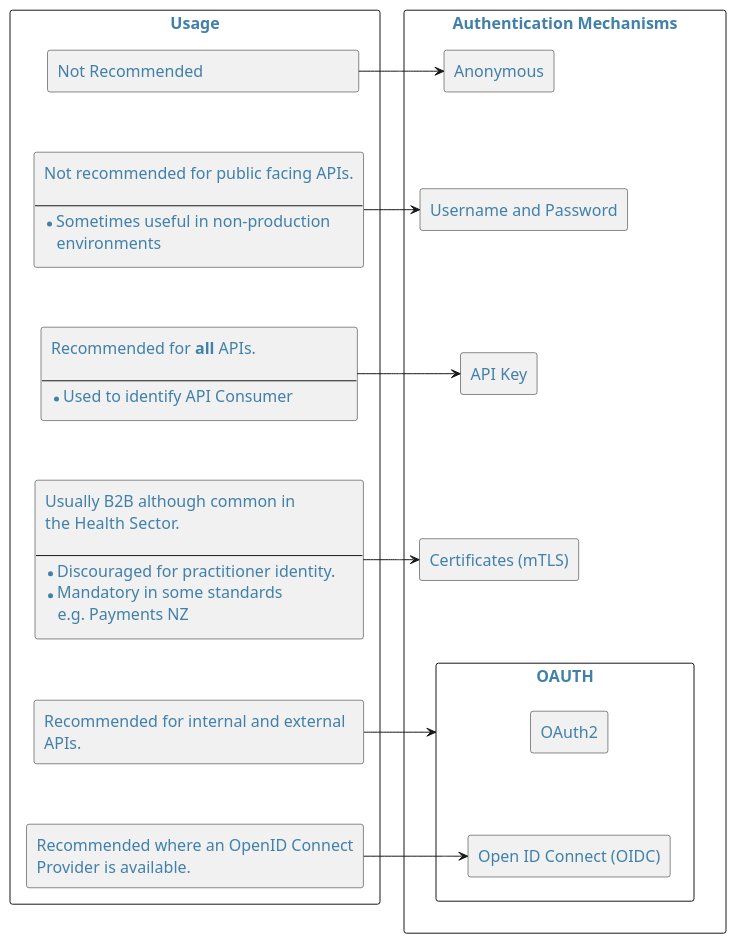
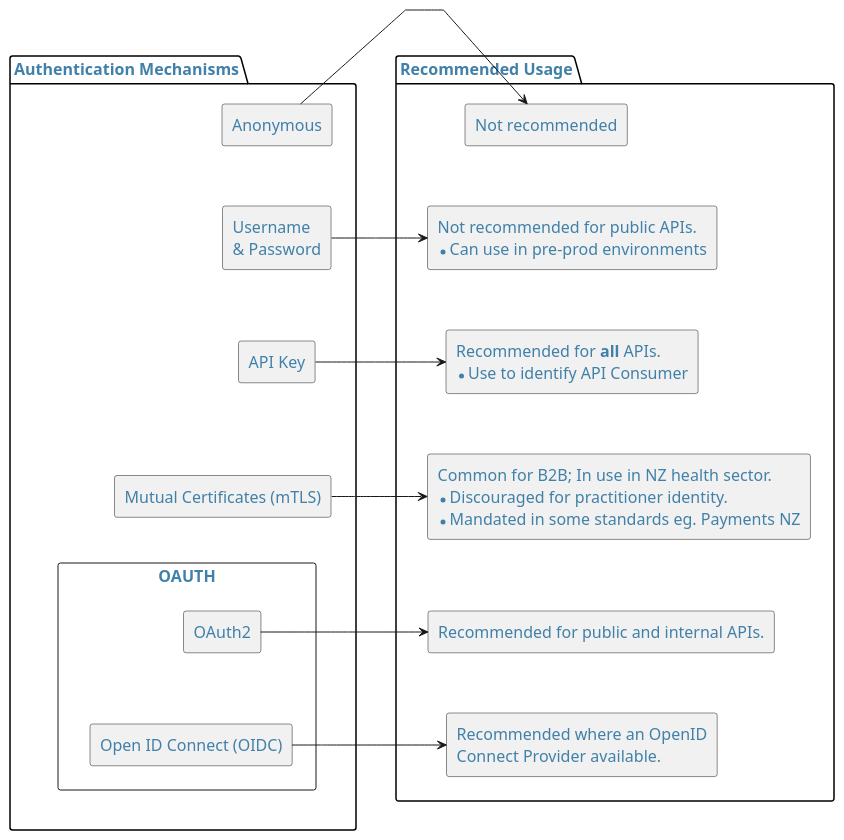
The first of 8 diagrams in docs/api-security/03-APIAuthentcationandAuthorisationBasics.md (tewhatuora/api-standards), drawn with PlantUML before and after one commit. The commit also changed other lines of this file and 3 other files, not shown here.

````diff
--- a/docs/api-security/03-APIAuthentcationandAuthorisationBasics.md
+++ b/docs/api-security/03-APIAuthentcationandAuthorisationBasics.md
@@ -56,58 +55,61 @@
 ```plantuml
 @startuml
 
 skinparam {
     defaultFontColor #4080a9
     defaultBackgroundColor #d7f8ff
     defaultComponentColour #61d9de
     defaultActorColour #61d9de
     defaultFontSize 16
     defaultArrowThickness 6
     actorStyle awesome
     linetype polyline
     RoundCorner 5
     scale max 200 width
 }
 
 allowmixing
-'top to bottom direction
+top to bottom direction
 
-rectangle Usage {
-    rectangle "Not Recommended                                   " as NR
-    rectangle "Not recommended for public facing APIs.\n\n---\n* Sometimes useful in non-production\n   environments" as NRPFA
-    rectangle "Recommended for **all** APIs.                      \n\n---\n* Used to identify API Consumer" as RAA
-    rectangle "Usually B2B although common in              \nthe Health Sector.\n\n---\n* Discouraged for practitioner identity.\n* Mandatory in some standards\n   e.g. Payments NZ" as D
-    rectangle "Recommended for internal and external  \nAPIs." as R
-    rectangle "Recommended where an OpenID Connect\nProvider is available." as ROIDC
-}
-
-rectangle "Authentication Mechanisms" {
-    rectangle "Anonymous" as Anonymous
-    rectangle "Username and Password" as UAP
+package "Authentication Mechanisms" as mech {
+    rectangle "Anonymous" as ANON
+    rectangle "Username \n& Password" as UAP
     rectangle "API Key" as AK
-    rectangle "Certificates (mTLS)" as MTLS
+    rectangle "Mutual Certificates (mTLS)" as MTLS
     rectangle OAUTH {
         rectangle "OAuth2" as OAuth2
         rectangle "Open ID Connect (OIDC)" as OIDC
     }
 }
-Anonymous -[hidden]- UAP
+
+package "Recommended Usage" as usage {
+    rectangle "Not recommended" as NR
+    rectangle "Not recommended for public APIs.\n* Can use in pre-prod environments" as NRPFA
+    rectangle "Recommended for **all** APIs.\n* Use to identify API Consumer" as RAA
+    rectangle "Common for B2B; In use in NZ health sector.\n* Discouraged for practitioner identity.\n* Mandated in some standards eg. Payments NZ" as D
+    rectangle "Recommended for public and internal APIs." as R
+    rectangle "Recommended where an OpenID\nConnect Provider available." as ROIDC
+}
+
+mech -[hidden]r- usage
+
+ANON -[hidden]- UAP
 UAP -[hidden]- AK
 AK -[hidden]- MTLS
 MTLS -[hidden]- OAUTH
 OAuth2 -[hidden]- OIDC
 NR -[hidden]- NRPFA
 NRPFA -[hidden]- RAA
 RAA -[hidden]- D
 D -[hidden]- R
 R -[hidden]- ROIDC
 
+ANON -r-> NR
+UAP -r-> NRPFA
+AK -r-> RAA
+MTLS -r-> D
+OAuth2 -r-> R
+OIDC -r-> ROIDC
 
-NR -right-> Anonymous
-NRPFA -right-> UAP
-RAA -right-> AK
-D -right-> MTLS
-R -right-> OAUTH
-ROIDC -right-> OIDC
 @enduml
 ```
````
